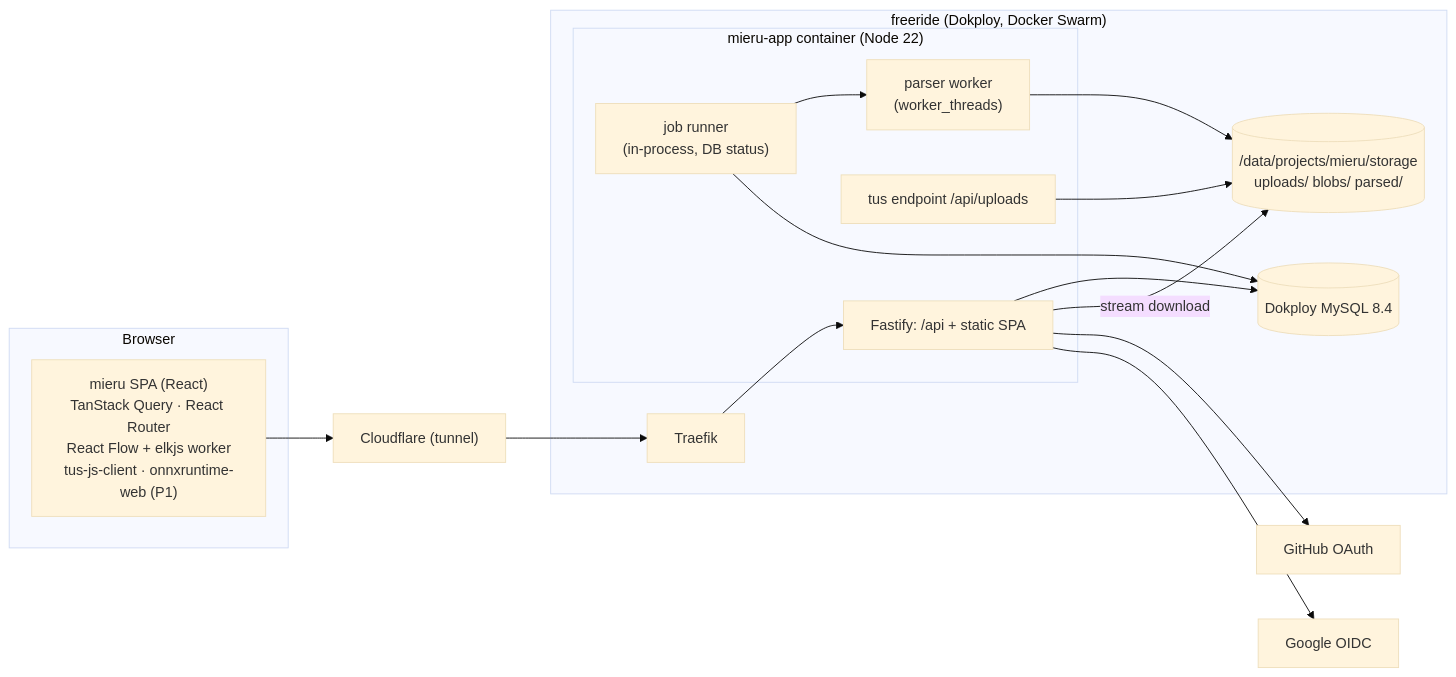
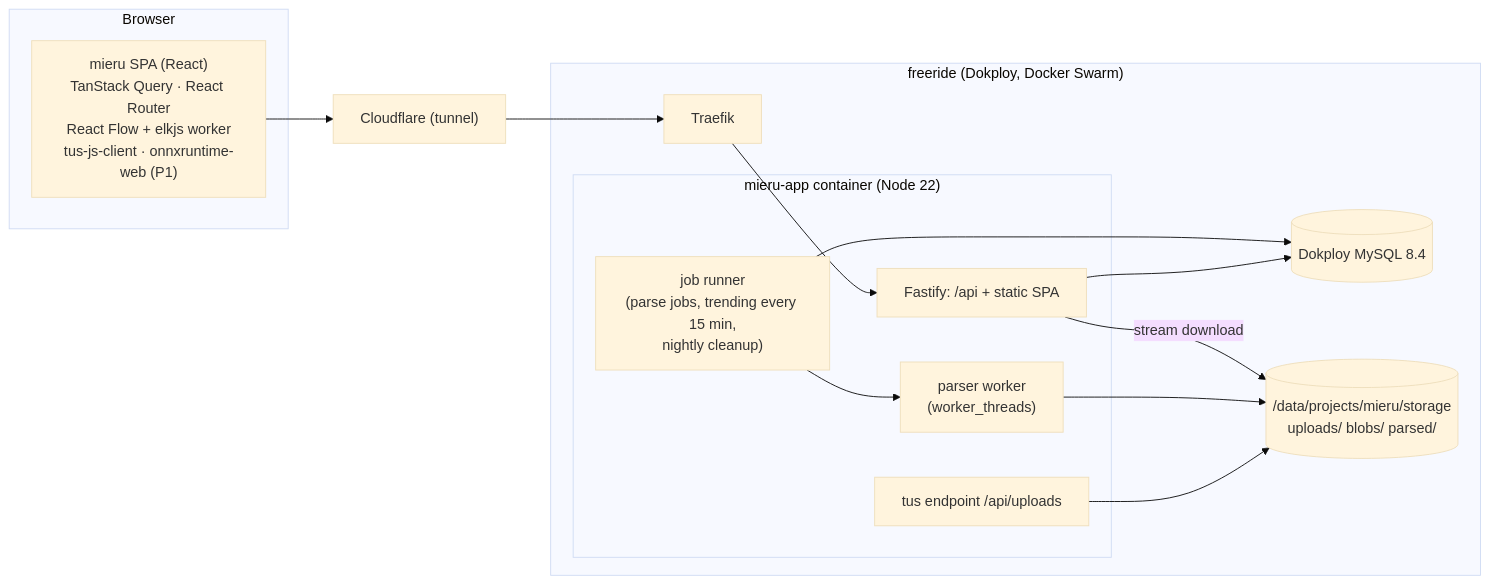
One commit to byeolki/mieru changed the diagram in docs/plans/mieru.md. Above: the diagram before and after it, drawn with Mermaid (base theme). The commit also changed other lines of this file and 1 other file, not shown here.

````diff
--- a/docs/plans/mieru.md
+++ b/docs/plans/mieru.md
@@ -115,31 +97,27 @@
 ```mermaid
 flowchart LR
   subgraph Browser
     SPA["mieru SPA (React)\nTanStack Query · React Router\nReact Flow + elkjs worker\ntus-js-client · onnxruntime-web (P1)"]
   end
 
   CF["Cloudflare (tunnel)"]
 
   subgraph freeride["freeride (Dokploy, Docker Swarm)"]
     TR["Traefik"]
     subgraph app["mieru-app container (Node 22)"]
       API["Fastify: /api + static SPA"]
       TUS["tus endpoint /api/uploads"]
-      JOB["job runner\n(in-process, DB status)"]
+      JOB["job runner\n(parse jobs, trending every 15 min,\nnightly cleanup)"]
       W["parser worker\n(worker_threads)"]
     end
     DB[("Dokploy MySQL 8.4")]
     FS[("/data/projects/mieru/storage\nuploads/ blobs/ parsed/")]
   end
-
-  GH["GitHub OAuth"]
-  GO["Google OIDC"]
 
   SPA --> CF --> TR --> API
   API --> DB
   TUS --> FS
   JOB --> W --> FS
   JOB --> DB
   API -- "stream download" --> FS
-  API --> GH & GO
 ```
````
